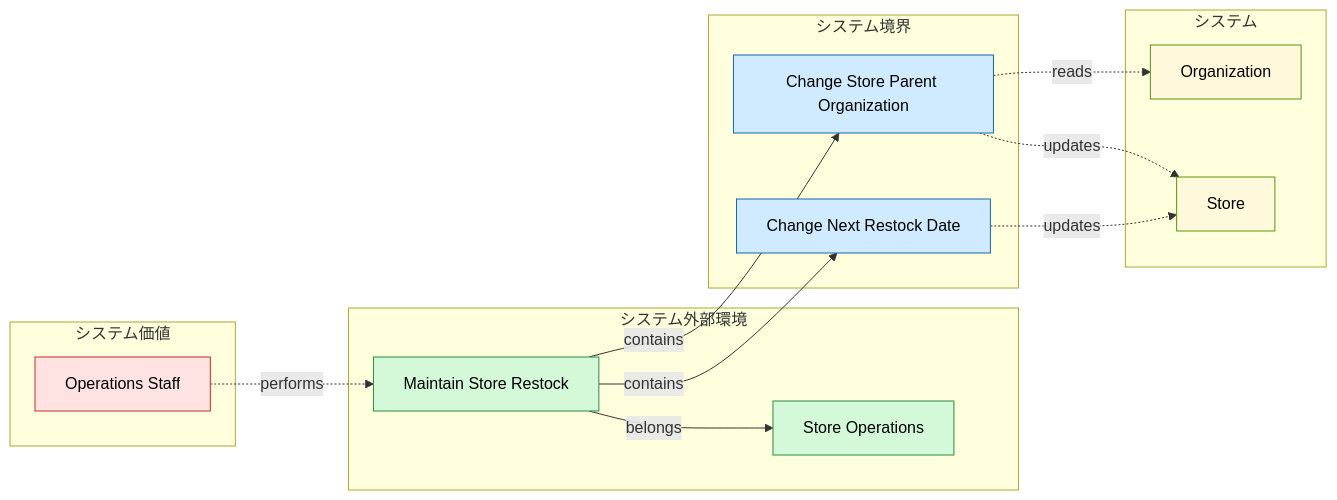
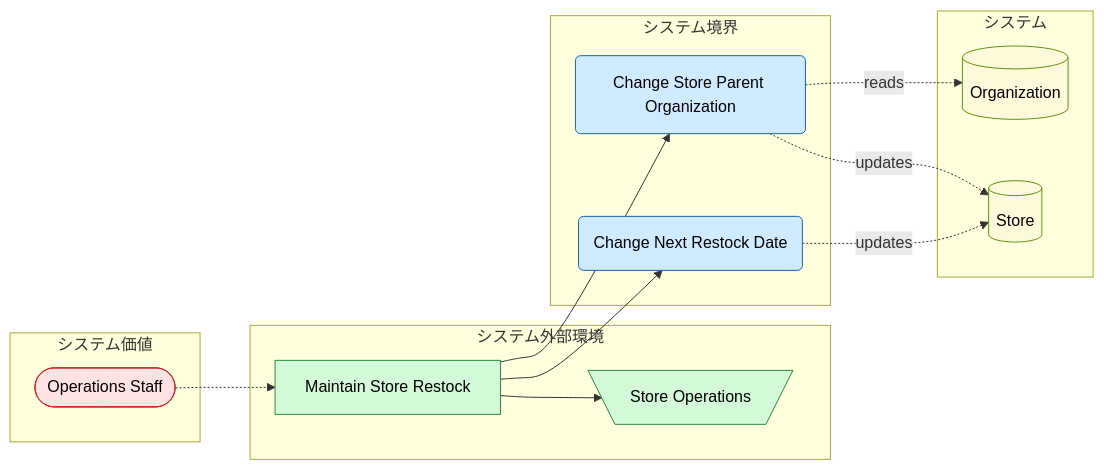
One commit to manji-0/rdra-ish-dsl changed the first of 2 diagrams in samples/incremental-order/step-2-data-touchpoints/design.md. Above: the diagram before and after it, drawn with Mermaid. The commit also changed 95 other files, not shown here.

````diff
--- a/samples/incremental-order/step-2-data-touchpoints/design.md
+++ b/samples/incremental-order/step-2-data-touchpoints/design.md
@@ -48,36 +48,36 @@
 ```mermaid
 %% rdra-ish diagram=rdra scope=buc:BucStoreRestock model=samples/incremental-order/step-2-data-touchpoints/src
 %% layers: value=システム価値 environment=システム外部環境 boundary=システム境界 system=システム
 %% kinds: actor business buc usecase entity
 %% omitted: (none)
 flowchart LR
   subgraph layer_value["システム価値"]
-    actor__OpsStaff["Operations Staff"]:::actor
+    actor__OpsStaff(["Operations Staff"]):::actor
   end
   subgraph layer_environment["システム外部環境"]
-    business__StoreOperations["Store Operations"]:::business
+    business__StoreOperations[\"Store Operations"/]:::business
     %% desc business__StoreOperations: Store operations owns restock planning and store master maintenance.
     buc__BucStoreRestock["Maintain Store Restock"]:::buc
     %% desc buc__BucStoreRestock: Keep restock dates and store organization assignments operationally correct.
   end
   subgraph layer_boundary["システム境界"]
-    usecase__ChangeNextRestockDate["Change Next Restock Date"]:::usecase
-    usecase__ChangeStoreParentOrganization["Change Store Parent Organization"]:::usecase
+    usecase__ChangeNextRestockDate("Change Next Restock Date"):::usecase
+    usecase__ChangeStoreParentOrganization("Change Store Parent Organization"):::usecase
   end
   subgraph layer_system["システム"]
-    entity__Organization["Organization"]:::entity
-    entity__Store["Store"]:::entity
+    entity__Organization[("Organization")]:::entity
+    entity__Store[("Store")]:::entity
   end
-  actor__OpsStaff -.->|performs| buc__BucStoreRestock
-  buc__BucStoreRestock -->|belongs| business__StoreOperations
-  buc__BucStoreRestock -->|contains| usecase__ChangeNextRestockDate
-  buc__BucStoreRestock -->|contains| usecase__ChangeStoreParentOrganization
+  actor__OpsStaff -.-> buc__BucStoreRestock
+  buc__BucStoreRestock --> business__StoreOperations
+  buc__BucStoreRestock --> usecase__ChangeNextRestockDate
+  buc__BucStoreRestock --> usecase__ChangeStoreParentOrganization
   usecase__ChangeNextRestockDate -.->|updates| entity__Store
   usecase__ChangeStoreParentOrganization -.->|reads| entity__Organization
   usecase__ChangeStoreParentOrganization -.->|updates| entity__Store
   classDef actor fill:#ffe3e3,stroke:#c92a2a,color:#000;
   classDef business fill:#d3f9d8,stroke:#2b8a3e,color:#000;
   classDef buc fill:#d3f9d8,stroke:#2b8a3e,color:#000;
   classDef usecase fill:#d0ebff,stroke:#1864ab,color:#000;
   classDef entity fill:#fff9db,stroke:#5c940d,color:#000;
 ```
````
